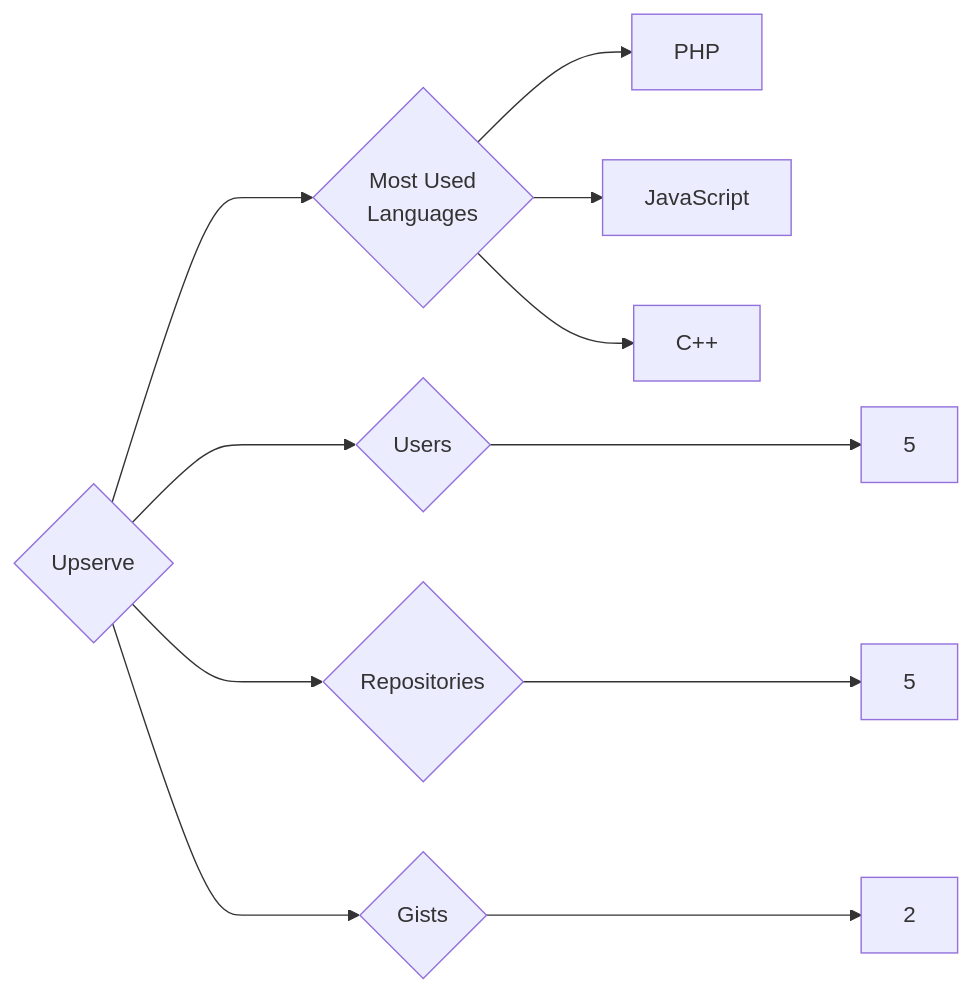
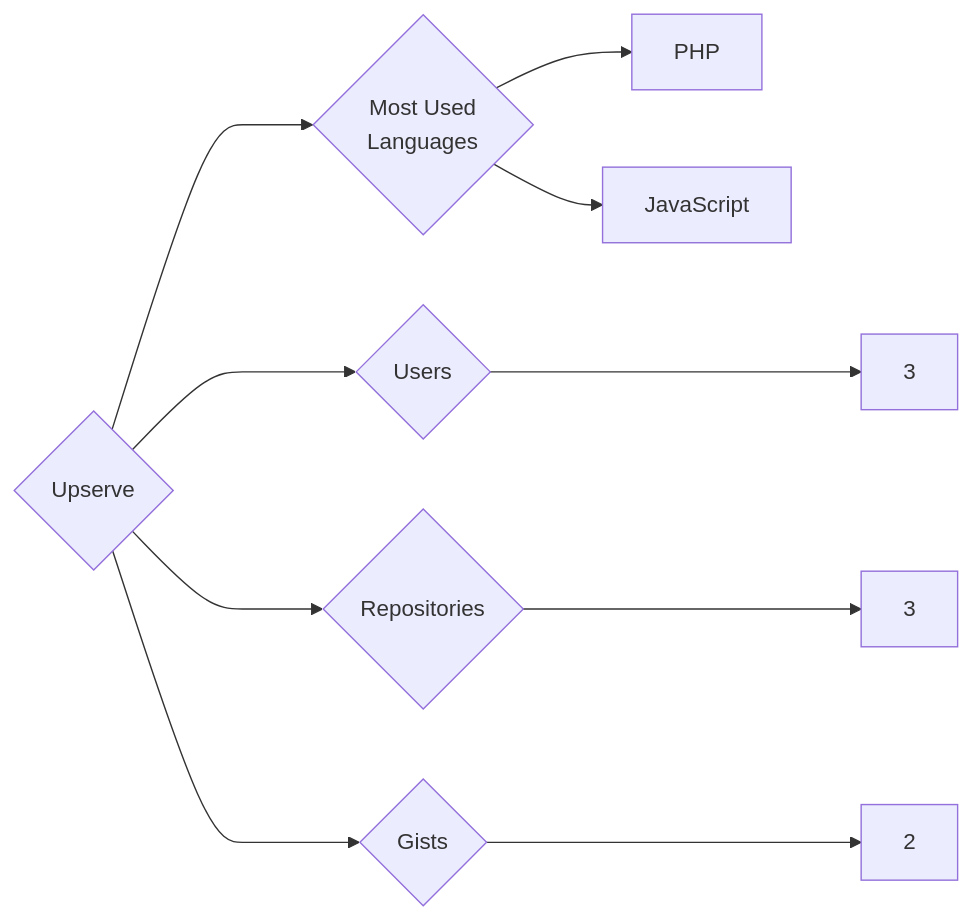
One commit to trickest/insiders changed the diagram in targets/Upserve/README.md. Above: the diagram before and after it, drawn with Mermaid. The commit also changed 1389 other files, not shown here.

````diff
--- a/targets/Upserve/README.md
+++ b/targets/Upserve/README.md
@@ -3,11 +3,10 @@
 ```mermaid
 graph LR
 COMPANY_NAME{Upserve}
-COMPANY_NAME ---> U{Users} ---> UN[5]
-COMPANY_NAME ---> R{Repositories} ---> RN[5]
+COMPANY_NAME ---> U{Users} ---> UN[3]
+COMPANY_NAME ---> R{Repositories} ---> RN[3]
 COMPANY_NAME ---> G{Gists} ---> GN[2]
 COMPANY_NAME ---> ML{Most Used<br>Languages}
 ML --> PHP[PHP]
 ML --> JavaScript[JavaScript]
-ML --> C++[C++]
 ```
````
